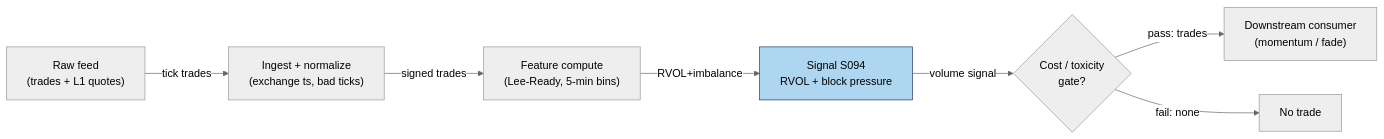
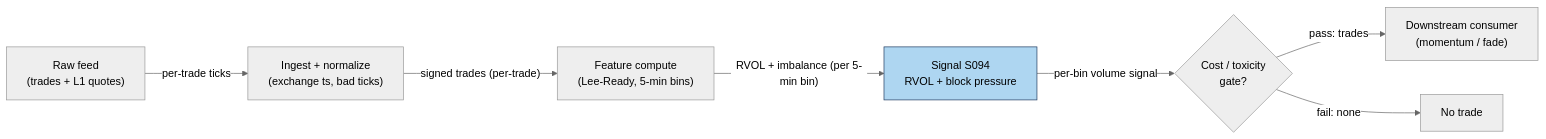
The diagram in batches/SB3/S094.md (praveenguptahcl/quant-signals-deep), drawn with Mermaid (neutral theme) before and after one commit. The commit also changed other lines of this file and 49 other files, not shown here.

````diff
--- a/batches/SB3/S094.md
+++ b/batches/SB3/S094.md
@@ -152,10 +153,10 @@
 ```mermaid
 flowchart LR
-    FEED["Raw feed<br/>(trades + L1 quotes)"] -->|"tick trades"| ING["Ingest + normalize<br/>(exchange ts, bad ticks)"]
-    ING -->|"signed trades"| FEAT["Feature compute<br/>(Lee-Ready, 5-min bins)"]
-    FEAT -->|"RVOL+imbalance"| SIG["Signal S094<br/>RVOL + block pressure"]
-    SIG -->|"volume signal"| GATE{"Cost / toxicity<br/>gate?"}
+    FEED["Raw feed<br/>(trades + L1 quotes)"] -->|"per-trade ticks"| ING["Ingest + normalize<br/>(exchange ts, bad ticks)"]
+    ING -->|"signed trades (per-trade)"| FEAT["Feature compute<br/>(Lee-Ready, 5-min bins)"]
+    FEAT -->|"RVOL + imbalance (per 5-min bin)"| SIG["Signal S094<br/>RVOL + block pressure"]
+    SIG -->|"per-bin volume signal"| GATE{"Cost / toxicity<br/>gate?"}
     GATE -->|"pass: trades"| OUT["Downstream consumer<br/>(momentum / fade)"]
     GATE -->|"fail: none"| DROP["No trade"]
     style SIG fill:#aed6f1,stroke:#1f3a5f
 ```
````
